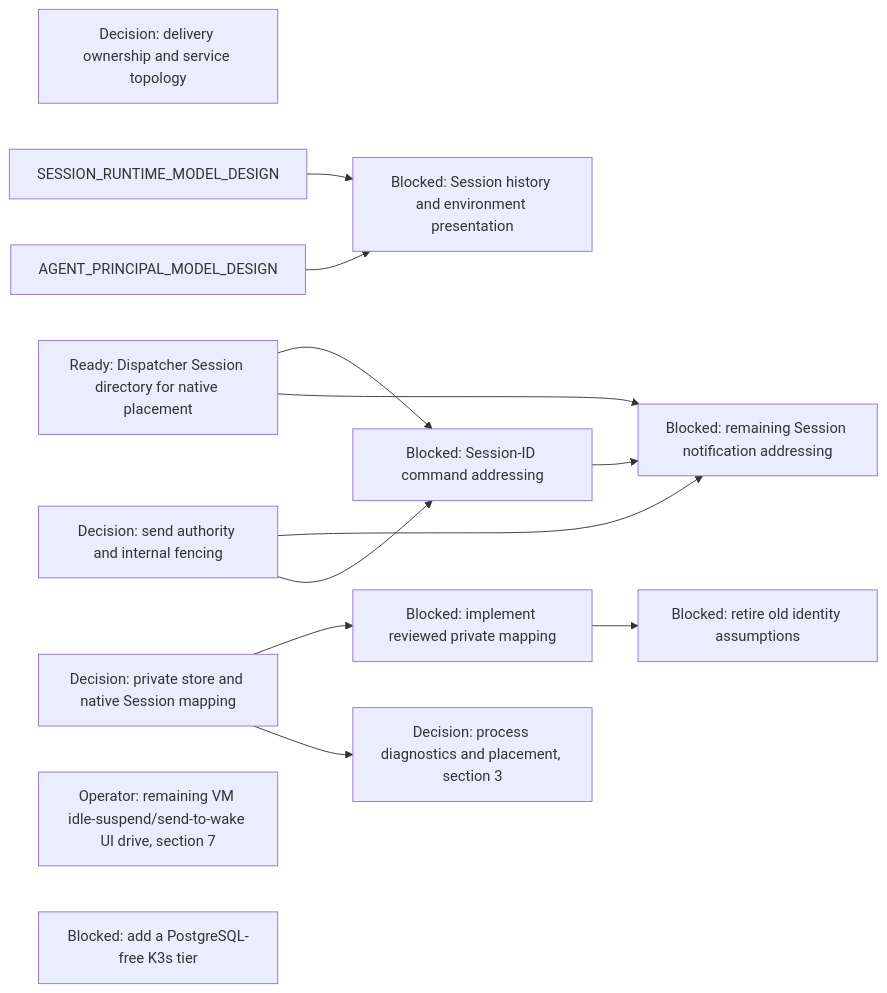
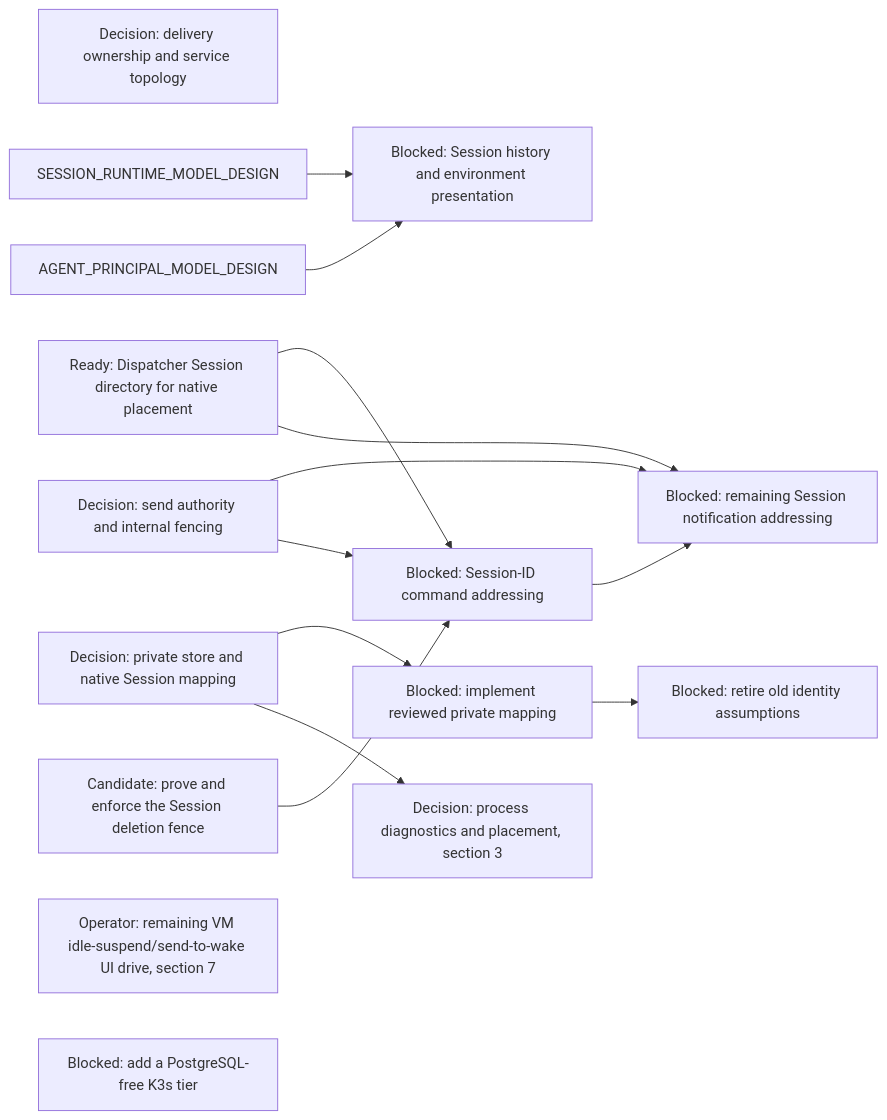
Diagram 14 of 17 in agentplane/plans/task_dag.md (agentydragon/ducktape), drawn with Mermaid before and after one commit. The commit also changed other lines of this file and 3 other files, not shown here.

````diff
--- a/agentplane/plans/task_dag.md
+++ b/agentplane/plans/task_dag.md
@@ -2031,25 +2054,27 @@
 ```mermaid
 flowchart LR
     DISPATCHER_PERSISTENCE_MODEL_DESIGN[Decision: delivery ownership and service topology]
     SESSION_DIRECTORY_NATIVE[Ready: Dispatcher Session directory for native placement]
     DELIVERY_DESTINATION_AUTHORITY_DESIGN[Decision: send authority and internal fencing]
+    SESSION_DELETION_FENCE[Candidate: prove and enforce the Session deletion fence]
     DELIVERY_DESTINATION_CONTRACT[Blocked: Session-ID command addressing]
     SESSION_NOTIFICATION_ADDRESS[Blocked: remaining Session notification addressing]
     SESSION_HISTORY_PRESENTATION[Blocked: Session history and environment presentation]
     SESSION_DIRECTORY_NATIVE --> DELIVERY_DESTINATION_CONTRACT
     SESSION_DIRECTORY_NATIVE --> SESSION_NOTIFICATION_ADDRESS
     DELIVERY_DESTINATION_AUTHORITY_DESIGN --> SESSION_NOTIFICATION_ADDRESS
     DELIVERY_DESTINATION_CONTRACT --> SESSION_NOTIFICATION_ADDRESS
     SESSION_RUNTIME_MODEL_DESIGN --> SESSION_HISTORY_PRESENTATION
     AGENT_PRINCIPAL_MODEL_DESIGN --> SESSION_HISTORY_PRESENTATION
     HARNESS_IDENTITY_DESIGN[Decision: private store and native Session mapping]
     RUNNER_STORE_SESSION_IDENTITY[Blocked: implement reviewed private mapping]
     RUNNER_IDENTITY_LEGACY_CLEANUP[Blocked: retire old identity assumptions]
     IDLE_SUSPEND_UI_DRIVE[Operator: remaining VM idle-suspend/send-to-wake UI drive, section 7]
     RUNNER_HARNESS_OBJECTS_DESIGN[Decision: process diagnostics and placement, section 3]
     CNPG_FREE_K3S_INTEGRATION_TIER[Blocked: add a PostgreSQL-free K3s tier]
     DELIVERY_DESTINATION_AUTHORITY_DESIGN --> DELIVERY_DESTINATION_CONTRACT
+    SESSION_DELETION_FENCE --> DELIVERY_DESTINATION_CONTRACT
     RUNNER_STORE_SESSION_IDENTITY --> RUNNER_IDENTITY_LEGACY_CLEANUP
     HARNESS_IDENTITY_DESIGN --> RUNNER_STORE_SESSION_IDENTITY
     HARNESS_IDENTITY_DESIGN --> RUNNER_HARNESS_OBJECTS_DESIGN
 ```
````
